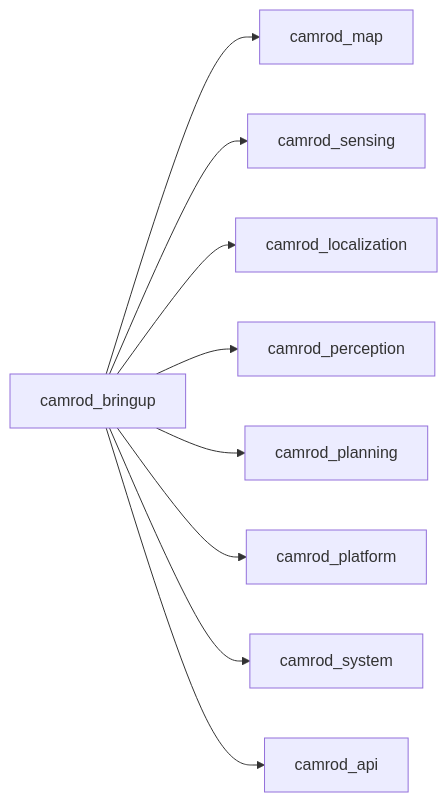
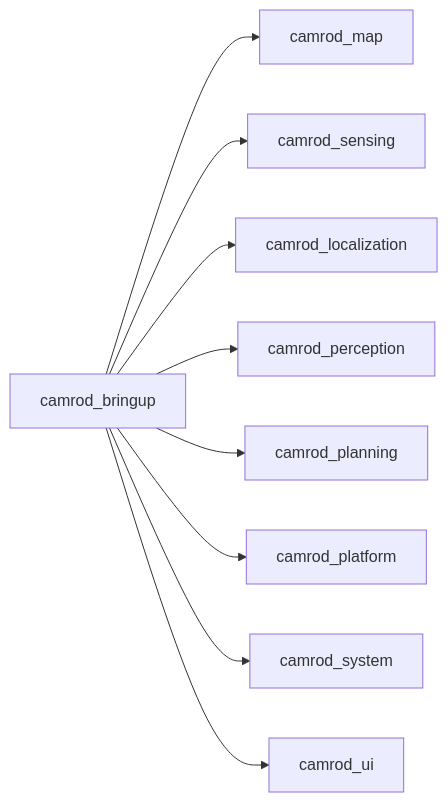
The second of 2 diagrams in camrod_bringup/README.md (hwanhonglee/CAMROD), drawn with Mermaid before and after one commit. The commit also changed other lines of this file and 367 other files, not shown here.

First line of the commit message:
Release v1.7: cost grid architecture, namespace camrod, param _s normalization

````diff
--- a/camrod_bringup/README.md
+++ b/camrod_bringup/README.md
@@ -35,11 +35,11 @@
 ```mermaid
 graph LR
   BR[camrod_bringup] --> MAP[camrod_map]
   BR --> SEN[camrod_sensing]
   BR --> LOC[camrod_localization]
   BR --> PER[camrod_perception]
   BR --> PLAN[camrod_planning]
   BR --> PLAT[camrod_platform]
   BR --> SYS[camrod_system]
-  BR --> API[camrod_api]
+  BR --> API[camrod_ui]
 ```
````
